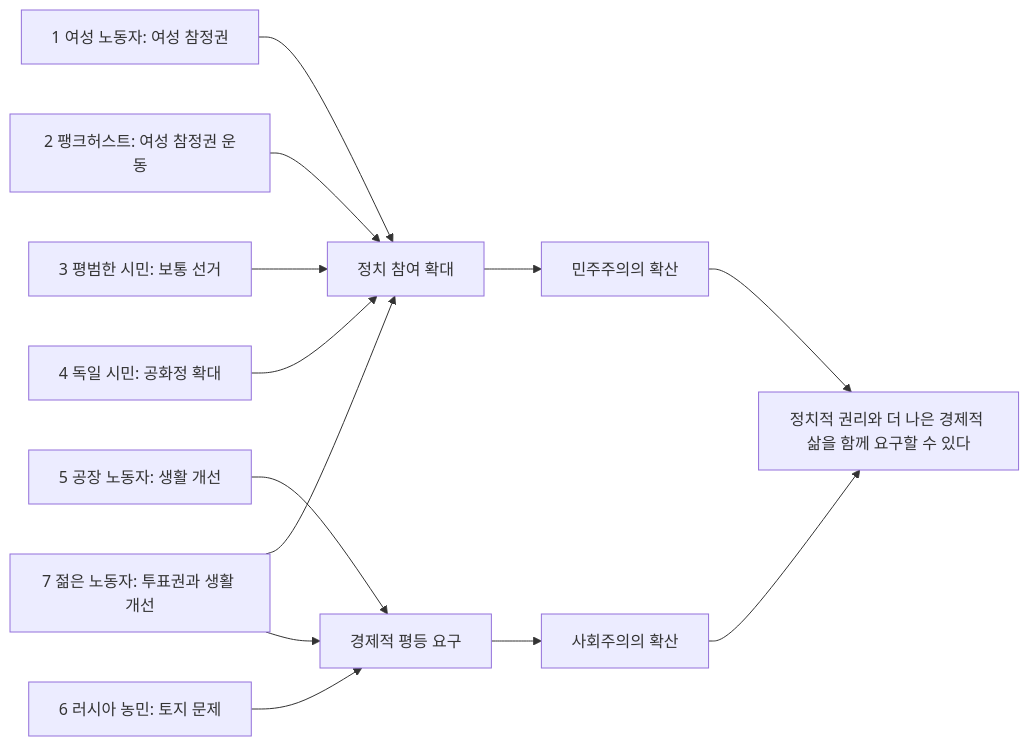
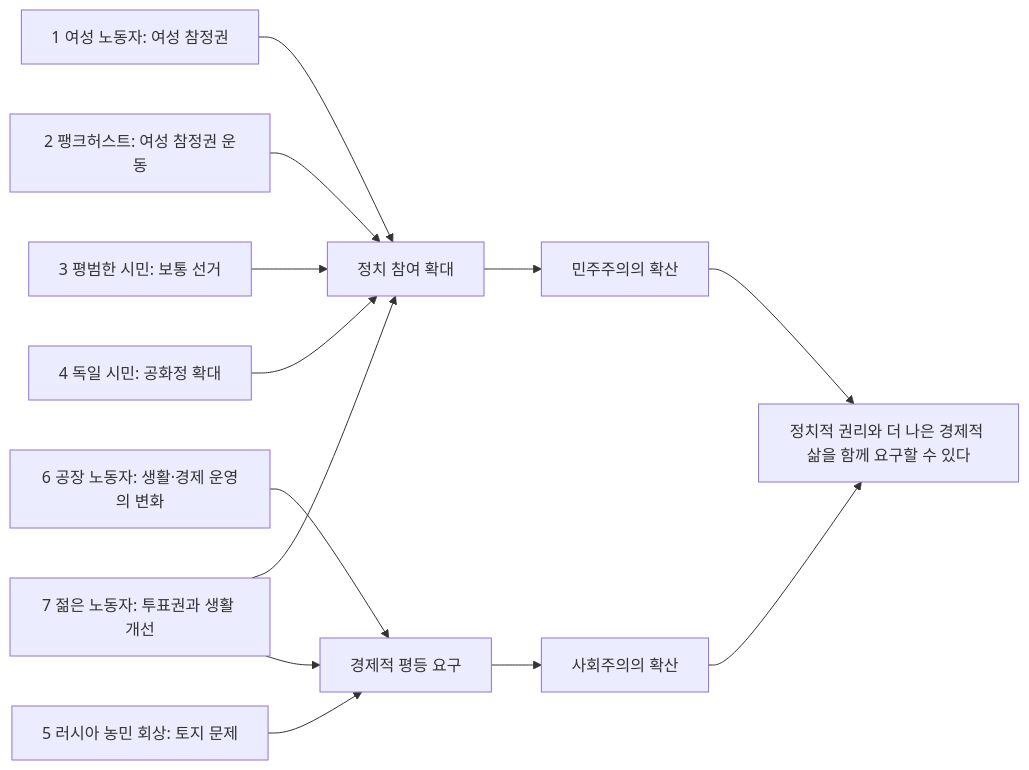
Before and after one commit to bon17/1919choice: the second of 8 diagrams in docs/DIAGRAMS.md, drawn with Mermaid. The commit also changed other lines of this file and 2 other files, not shown here.

````diff
--- a/docs/DIAGRAMS.md
+++ b/docs/DIAGRAMS.md
@@ -32,15 +29,15 @@
 ```mermaid
 flowchart LR
     A[1 여성 노동자: 여성 참정권] --> P[정치 참여 확대]
     B[2 팽크허스트: 여성 참정권 운동] --> P
     C[3 평범한 시민: 보통 선거] --> P
     D[4 독일 시민: 공화정 확대] --> P
-    E[5 공장 노동자: 생활 개선] --> Q[경제적 평등 요구]
-    F[6 러시아 농민: 토지 문제] --> Q
+    E[6 공장 노동자: 생활·경제 운영의 변화] --> Q[경제적 평등 요구]
+    F[5 러시아 농민 회상: 토지 문제] --> Q
     G[7 젊은 노동자: 투표권과 생활 개선] --> P
     G --> Q
     P --> R[민주주의의 확산]
     Q --> S[사회주의의 확산]
     R --> T[정치적 권리와 더 나은 경제적 삶을 함께 요구할 수 있다]
     S --> T
 ```
````
